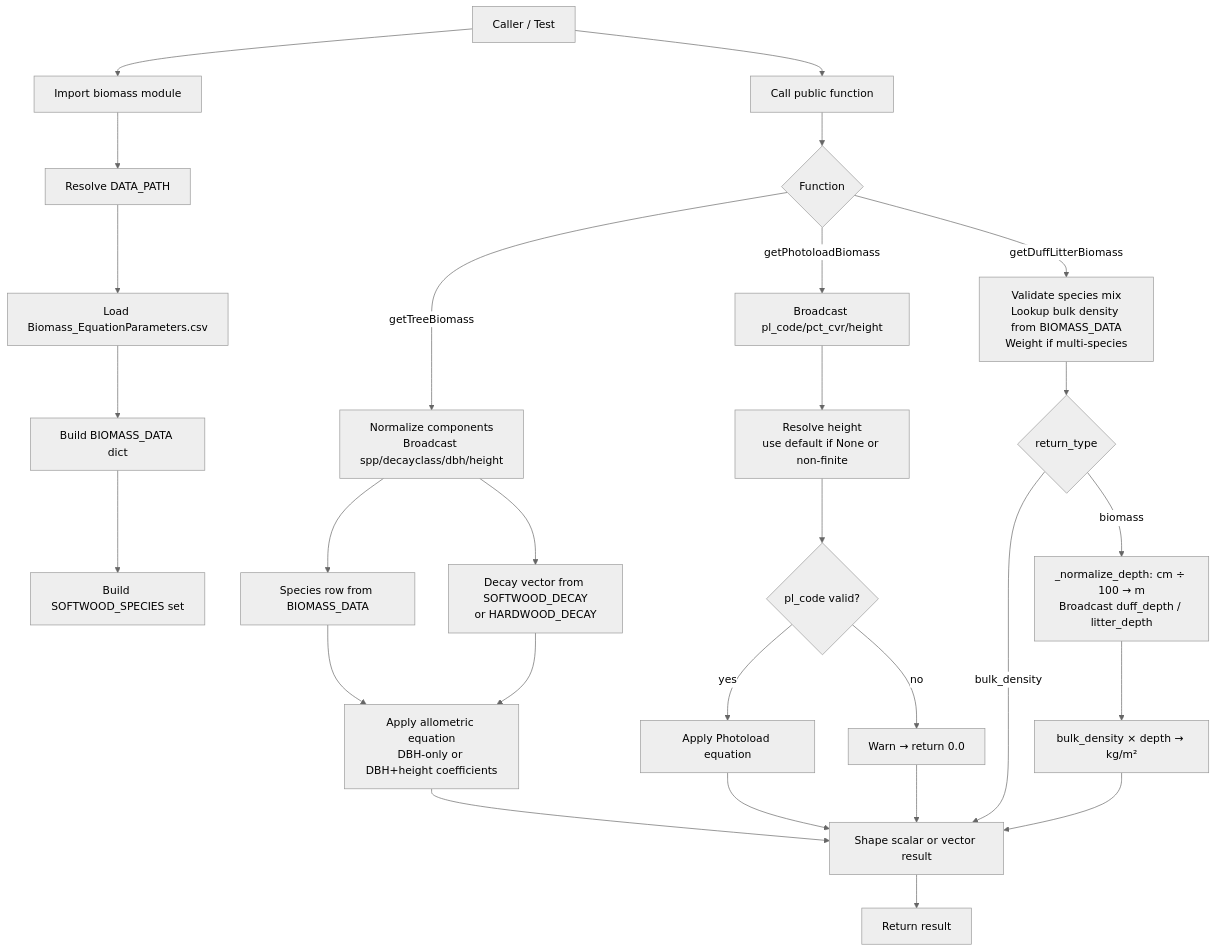
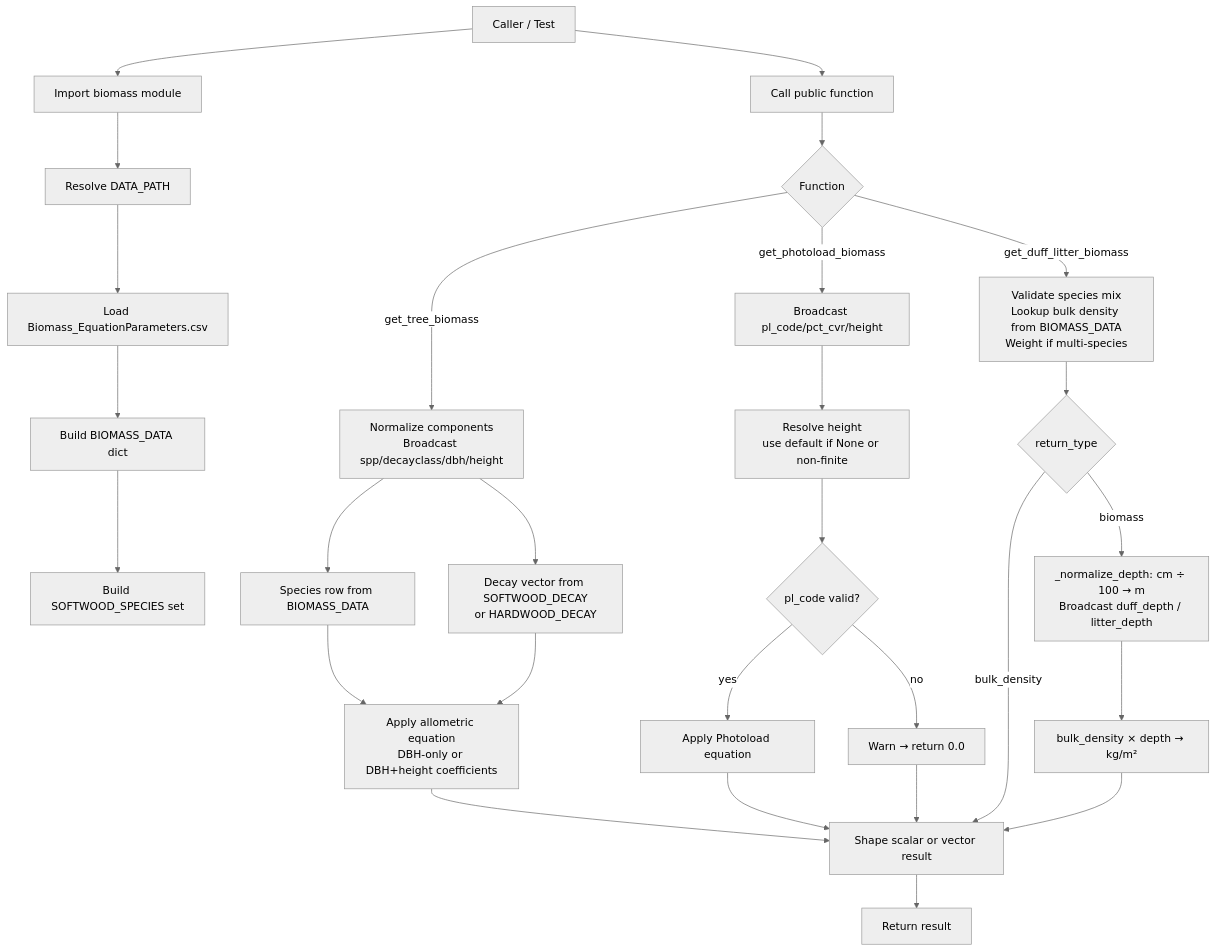
One commit to gagreene/BiomassCalculations changed the diagram in docs/CODEBASE.md. Above: the diagram before and after it, drawn with Mermaid (neutral theme). The commit also changed other lines of this file and 9 other files, not shown here.

````diff
--- a/docs/CODEBASE.md
+++ b/docs/CODEBASE.md
@@ -116,36 +116,36 @@
 ```mermaid
 flowchart TD
     A[Caller / Test] --> B[Import biomass module]
     B --> C[Resolve DATA_PATH]
     C --> D[Load Biomass_EquationParameters.csv]
     D --> E[Build BIOMASS_DATA dict]
     E --> F[Build SOFTWOOD_SPECIES set]
 
     A --> G[Call public function]
 
     G --> H{Function}
-    H -->|getTreeBiomass| I[Normalize components\nBroadcast spp/decayclass/dbh/height]
-    H -->|getPhotoloadBiomass| J[Broadcast pl_code/pct_cvr/height]
-    H -->|getDuffLitterBiomass| K[Validate species mix\nLookup bulk density from BIOMASS_DATA\nWeight if multi-species]
+    H -->|get_tree_biomass| I[Normalize components\nBroadcast spp/decayclass/dbh/height]
+    H -->|get_photoload_biomass| J[Broadcast pl_code/pct_cvr/height]
+    H -->|get_duff_litter_biomass| K[Validate species mix\nLookup bulk density from BIOMASS_DATA\nWeight if multi-species]
 
     I --> L[Species row from BIOMASS_DATA]
     I --> M[Decay vector from SOFTWOOD_DECAY\nor HARDWOOD_DECAY]
     L --> N[Apply allometric equation\nDBH-only or DBH+height coefficients]
     M --> N
     N --> O[Shape scalar or vector result]
 
     J --> P[Resolve height\nuse default if None or non-finite]
     P --> Q{pl_code valid?}
     Q -->|yes| R[Apply Photoload equation]
     Q -->|no| S[Warn → return 0.0]
     R --> O
     S --> O
 
     K --> V{return_type}
     V -->|bulk_density| O
     V -->|biomass| W[_normalize_depth: cm ÷ 100 → m\nBroadcast duff_depth / litter_depth]
     W --> X[bulk_density × depth → kg/m²]
     X --> O
 
     O --> Y[Return result]
 ```
````
